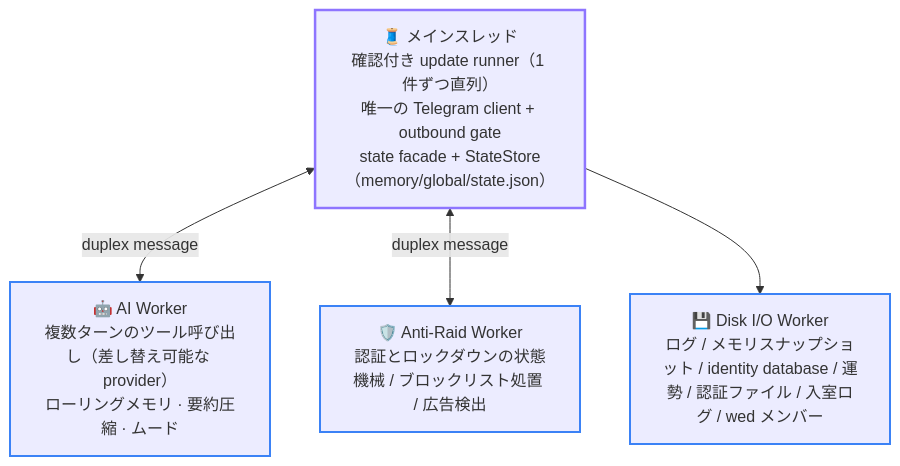
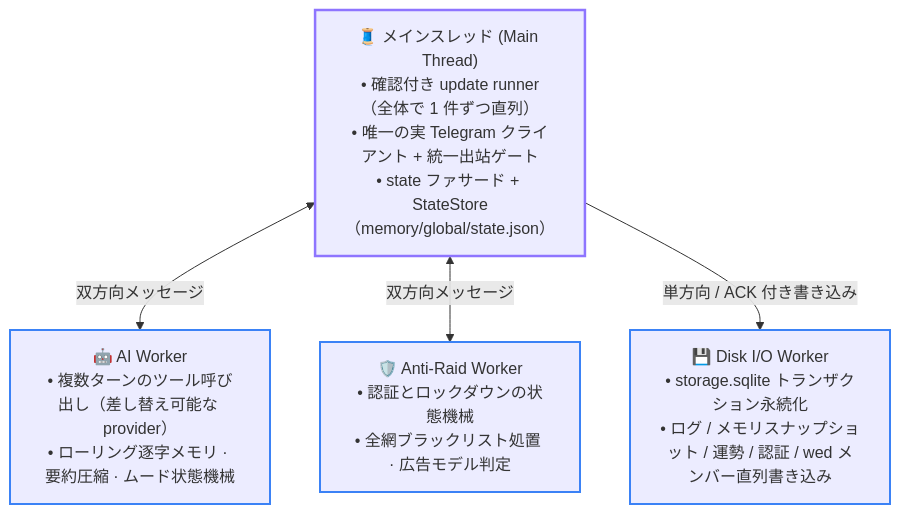
One commit to Asashishi/copy_ninjia changed the first of 2 diagrams in docs/ja/02-architecture.md. Above: the diagram before and after it, drawn with Mermaid. The commit also changed other lines of this file and 691 other files, not shown here.

````diff
--- a/docs/ja/02-architecture.md
+++ b/docs/ja/02-architecture.md
@@ -17,14 +17,14 @@
 ```mermaid
 flowchart TD
     classDef main stroke:#8e75ff,stroke-width:2.5px;
     classDef worker stroke:#3b82f6,stroke-width:2px;
 
-    MAIN["🧵 メインスレッド<br/>確認付き update runner（1 件ずつ直列）<br/>唯一の Telegram client + outbound gate<br/>state facade + StateStore（memory/global/state.json）"]:::main
-    AI["🤖 AI Worker<br/>複数ターンのツール呼び出し（差し替え可能な provider）<br/>ローリングメモリ · 要約圧縮 · ムード"]:::worker
-    RAID["🛡️ Anti-Raid Worker<br/>認証とロックダウンの状態機械 / ブロックリスト処置 / 広告検出"]:::worker
-    DISK["💾 Disk I/O Worker<br/>ログ / メモリスナップショット / identity database / 運勢 / 認証ファイル / 入室ログ / wed メンバー"]:::worker
+    MAIN["🧵 メインスレッド (Main Thread)<br/>• 確認付き update runner（全体で 1 件ずつ直列）<br/>• 唯一の実 Telegram クライアント + 統一出站ゲート<br/>• state ファサード + StateStore（memory/global/state.json）"]:::main
+    AI["🤖 AI Worker<br/>• 複数ターンのツール呼び出し（差し替え可能な provider）<br/>• ローリング逐字メモリ · 要約圧縮 · ムード状態機械"]:::worker
+    RAID["🛡️ Anti-Raid Worker<br/>• 認証とロックダウンの状態機械<br/>• 全網ブラックリスト処置 · 広告モデル判定"]:::worker
+    DISK["💾 Disk I/O Worker<br/>• storage.sqlite トランザクション永続化<br/>• ログ / メモリスナップショット / 運勢 / 認証 / wed メンバー直列書き込み"]:::worker
 
-    MAIN <-->|duplex message| AI
-    MAIN <-->|duplex message| RAID
-    MAIN --> DISK
+    MAIN <-->|双方向メッセージ| AI
+    MAIN <-->|双方向メッセージ| RAID
+    MAIN -->|単方向 / ACK 付き書き込み| DISK
 ```
````
